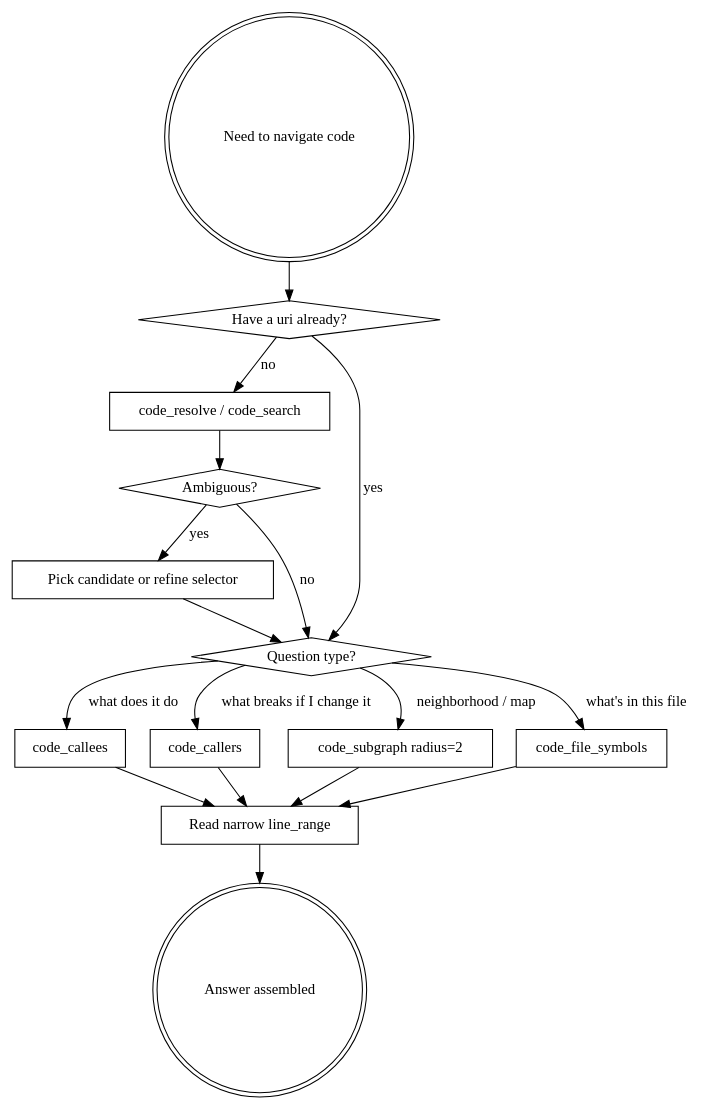
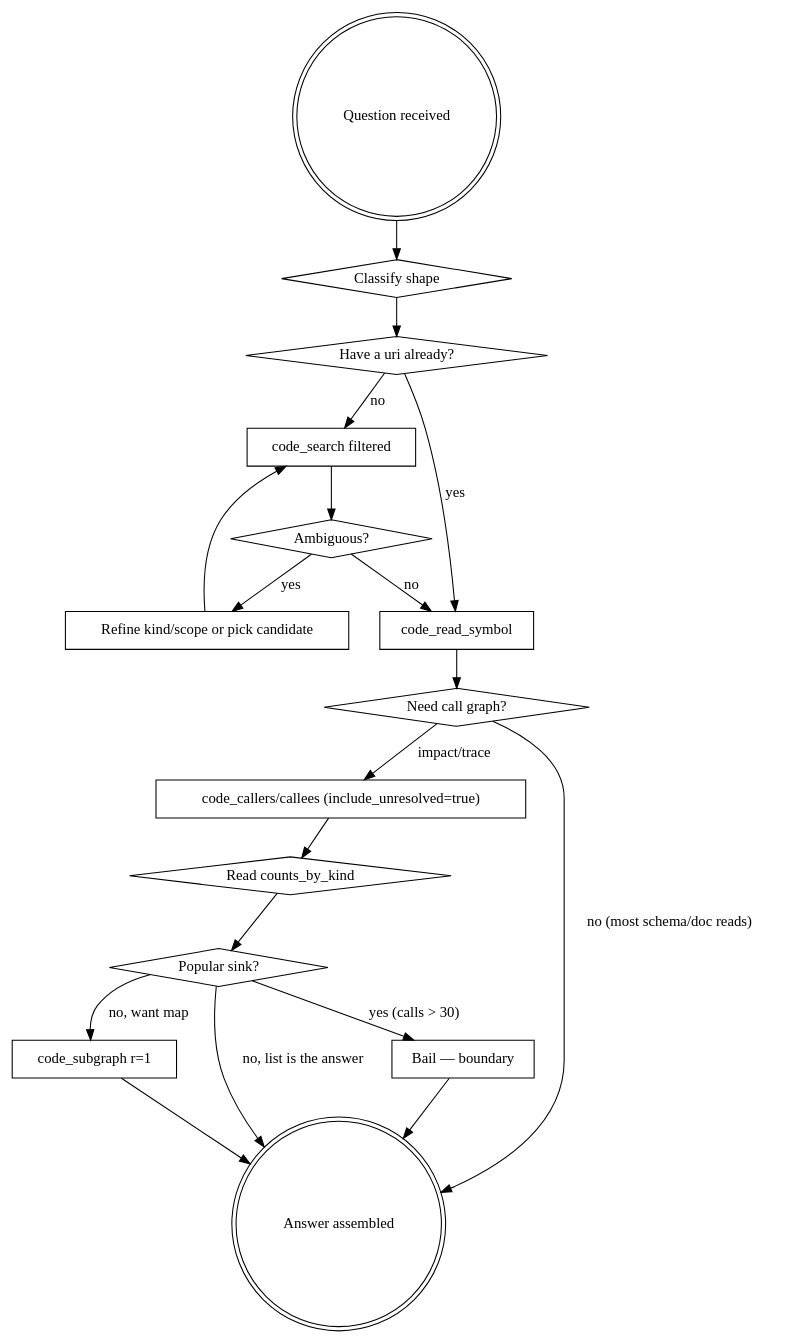
One commit to getspur/spur changed the diagram in crates/spur-core/src/skills/code-explore/SKILL.md. Above: the diagram before and after it, drawn with Graphviz. The commit also changed other lines of this file, not shown here.

First line of the commit message:
docs(spur-core): rewrite code-explore skill around classify-first flow

````diff
--- a/crates/spur-core/src/skills/code-explore/SKILL.md
+++ b/crates/spur-core/src/skills/code-explore/SKILL.md
@@ -59,33 +86,37 @@
 ```dot
 digraph code_explore {
-    "Need to navigate code" [shape=doublecircle];
+    "Question received" [shape=doublecircle];
+    "Classify shape" [shape=diamond];
     "Have a uri already?" [shape=diamond];
-    "code_resolve / code_search" [shape=box];
+    "code_search filtered" [shape=box];
     "Ambiguous?" [shape=diamond];
-    "Pick candidate or refine selector" [shape=box];
-    "Question type?" [shape=diamond];
-    "code_callees" [shape=box];
-    "code_callers" [shape=box];
-    "code_subgraph radius=2" [shape=box];
-    "code_file_symbols" [shape=box];
-    "Read narrow line_range" [shape=box];
+    "Refine kind/scope or pick candidate" [shape=box];
+    "code_read_symbol" [shape=box];
+    "Need call graph?" [shape=diamond];
+    "code_callers/callees (include_unresolved=true)" [shape=box];
+    "Read counts_by_kind" [shape=diamond];
+    "Popular sink?" [shape=diamond];
+    "Bail — boundary" [shape=box];
+    "code_subgraph r=1" [shape=box];
     "Answer assembled" [shape=doublecircle];
 
-    "Need to navigate code" -> "Have a uri already?";
-    "Have a uri already?" -> "Question type?" [label="yes"];
-    "Have a uri already?" -> "code_resolve / code_search" [label="no"];
-    "code_resolve / code_search" -> "Ambiguous?";
-    "Ambiguous?" -> "Pick candidate or refine selector" [label="yes"];
-    "Pick candidate or refine selector" -> "Question type?";
-    "Ambiguous?" -> "Question type?" [label="no"];
-    "Question type?" -> "code_callees" [label="what does it do"];
-    "Question type?" -> "code_callers" [label="what breaks if I change it"];
-    "Question type?" -> "code_subgraph radius=2" [label="neighborhood / map"];
-    "Question type?" -> "code_file_symbols" [label="what's in this file"];
-    "code_callees" -> "Read narrow line_range";
-    "code_callers" -> "Read narrow line_range";
-    "code_subgraph radius=2" -> "Read narrow line_range";
-    "code_file_symbols" -> "Read narrow line_range";
-    "Read narrow line_range" -> "Answer assembled";
+    "Question received" -> "Classify shape";
+    "Classify shape" -> "Have a uri already?";
+    "Have a uri already?" -> "code_read_symbol" [label="yes"];
+    "Have a uri already?" -> "code_search filtered" [label="no"];
+    "code_search filtered" -> "Ambiguous?";
+    "Ambiguous?" -> "Refine kind/scope or pick candidate" [label="yes"];
+    "Refine kind/scope or pick candidate" -> "code_search filtered";
+    "Ambiguous?" -> "code_read_symbol" [label="no"];
+    "code_read_symbol" -> "Need call graph?";
+    "Need call graph?" -> "Answer assembled" [label="no (most schema/doc reads)"];
+    "Need call graph?" -> "code_callers/callees (include_unresolved=true)" [label="impact/trace"];
+    "code_callers/callees (include_unresolved=true)" -> "Read counts_by_kind";
+    "Read counts_by_kind" -> "Popular sink?";
+    "Popular sink?" -> "Bail — boundary" [label="yes (calls > 30)"];
+    "Popular sink?" -> "code_subgraph r=1" [label="no, want map"];
+    "Popular sink?" -> "Answer assembled" [label="no, list is the answer"];
+    "code_subgraph r=1" -> "Answer assembled";
+    "Bail — boundary" -> "Answer assembled";
 }
 ```
````
